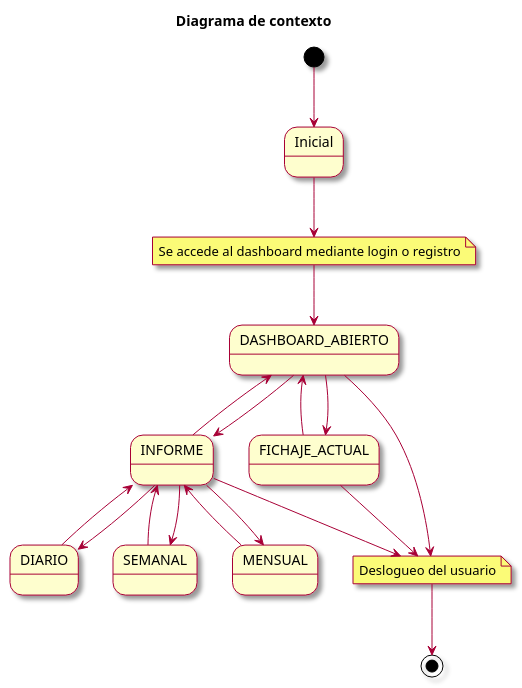
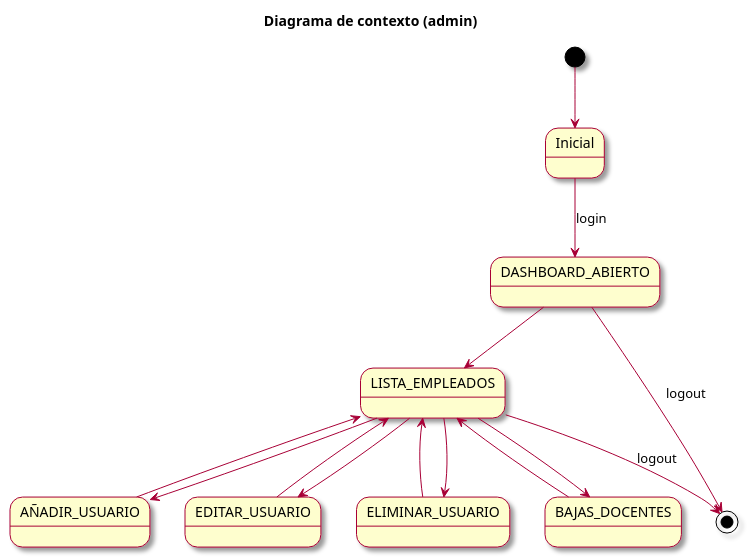
Before and after one commit to mmasias/23-24-IdSw1-SDR: the diagram in modelosUML/casosDeUso/diagramaContexto.puml, drawn with PlantUML.

```diff
--- a/modelosUML/casosDeUso/diagramaContexto.puml
+++ b/modelosUML/casosDeUso/diagramaContexto.puml
@@ -1,33 +1,27 @@
-@startuml Diagrama Contexto
+@startuml Diagrama Contexto (administrador)
 
 skin rose
-title Diagrama de contexto
+title Diagrama de contexto (admin)
 
 [*] -->  Inicial
 
-note "Se accede al dashboard mediante login o registro" as N1
-Inicial --> N1
-N1 -down-> DASHBOARD_ABIERTO
+Inicial -d-> DASHBOARD_ABIERTO : login
 
-DASHBOARD_ABIERTO --> FICHAJE_ACTUAL
-DASHBOARD_ABIERTO --> INFORME
+DASHBOARD_ABIERTO --> LISTA_EMPLEADOS
 
-DASHBOARD_ABIERTO <-- FICHAJE_ACTUAL
-DASHBOARD_ABIERTO <-- INFORME
-INFORME --> DIARIO
-INFORME --> SEMANAL
-INFORME --> MENSUAL
+LISTA_EMPLEADOS <-- AÑADIR_USUARIO
+LISTA_EMPLEADOS <-- EDITAR_USUARIO
+LISTA_EMPLEADOS <-- ELIMINAR_USUARIO
+LISTA_EMPLEADOS <-- BAJAS_DOCENTES
 
-INFORME <-- DIARIO
-INFORME <-- SEMANAL
-INFORME <-- MENSUAL
+LISTA_EMPLEADOS --> AÑADIR_USUARIO
+LISTA_EMPLEADOS --> EDITAR_USUARIO
+LISTA_EMPLEADOS --> ELIMINAR_USUARIO
+LISTA_EMPLEADOS --> BAJAS_DOCENTES
 
-note "Deslogueo del usuario" as N2
 
-DASHBOARD_ABIERTO --> N2
-FICHAJE_ACTUAL --> N2
-INFORME --> N2
+DASHBOARD_ABIERTO --> [*] : logout
+LISTA_EMPLEADOS --> [*] : logout
 
-N2 --> [*]
 
 @enduml
```
